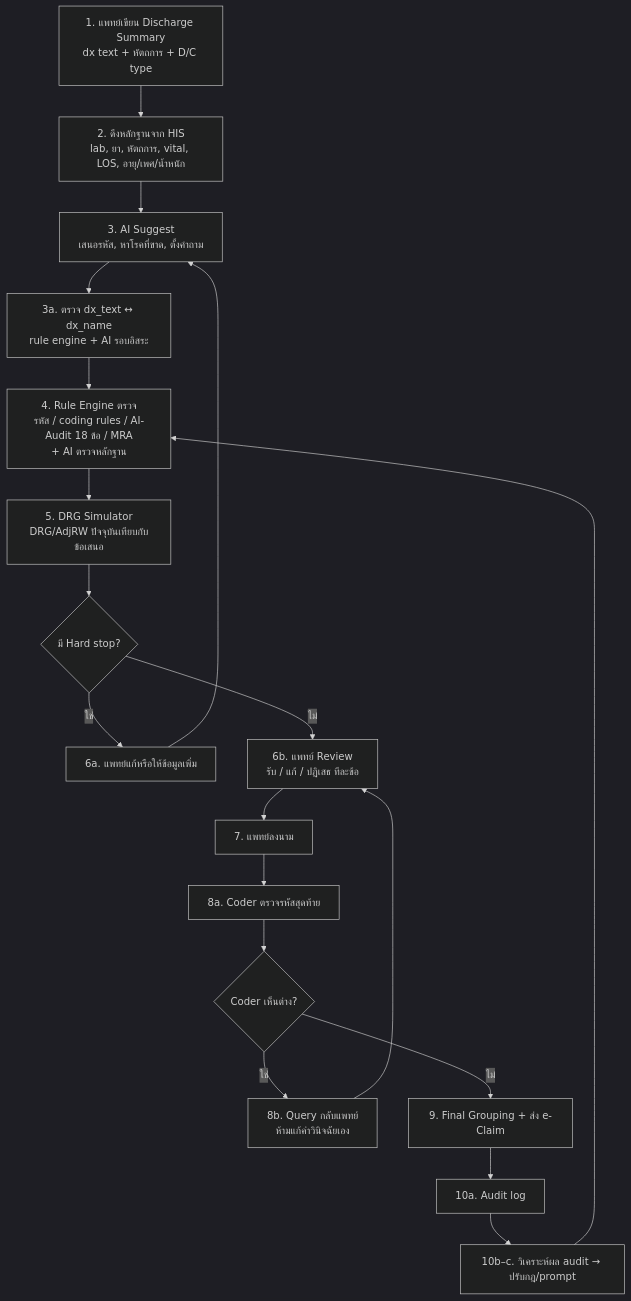
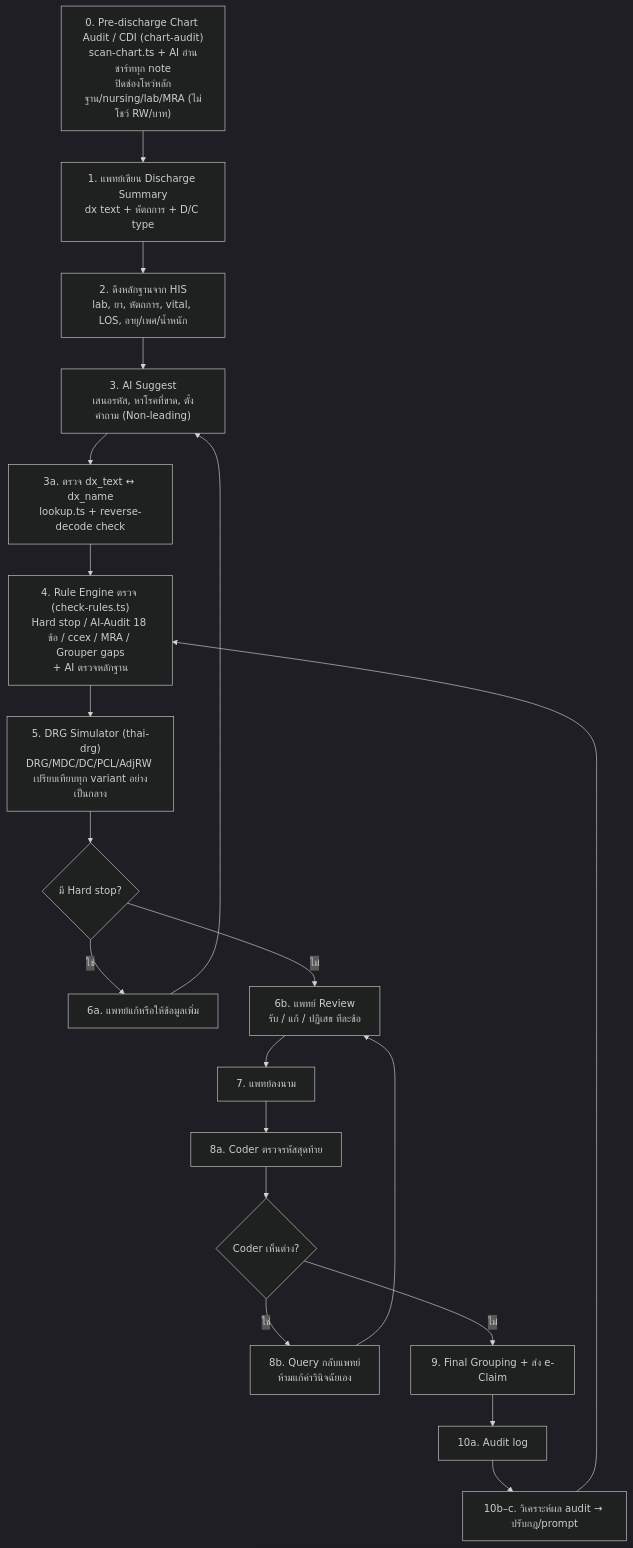
Before and after one commit to tehnplk/drg: the diagram in docs/ai-discharge-summary-flow.md, drawn with Mermaid (dark theme). The commit also changed other lines of this file and 1 other file, not shown here.

Commit message:
Sync docs with chart-audit and discharge-summary skills

````diff
--- a/docs/ai-discharge-summary-flow.md
+++ b/docs/ai-discharge-summary-flow.md
@@ -11,21 +15,22 @@
 ```mermaid
 flowchart TD
-  A["1. แพทย์เขียน Discharge Summary<br/>dx text + หัตถการ + D/C type"] --> B["2. ดึงหลักฐานจาก HIS<br/>lab, ยา, หัตถการ, vital, LOS, อายุ/เพศ/น้ำหนัก"]
-  B --> C["3. AI Suggest<br/>เสนอรหัส, หาโรคที่ขาด, ตั้งคำถาม"]
-  C --> V["3a. ตรวจ dx_text ↔ dx_name<br/>rule engine + AI รอบอิสระ"]
-  V --> D["4. Rule Engine ตรวจ<br/>รหัส / coding rules / AI-Audit 18 ข้อ / MRA<br/>+ AI ตรวจหลักฐาน"]
-  D --> E["5. DRG Simulator<br/>DRG/AdjRW ปัจจุบันเทียบกับข้อเสนอ"]
+  P0["0. Pre-discharge Chart Audit / CDI (chart-audit)<br/>scan-chart.ts + AI อ่านชาร์ททุก note<br/>ปิดช่องโหว่หลักฐาน/nursing/lab/MRA (ไม่โชว์ RW/บาท)"] --> A["1. แพทย์เขียน Discharge Summary<br/>dx text + หัตถการ + D/C type"]
+  A --> B["2. ดึงหลักฐานจาก HIS<br/>lab, ยา, หัตถการ, vital, LOS, อายุ/เพศ/น้ำหนัก"]
+  B --> C["3. AI Suggest<br/>เสนอรหัส, หาโรคที่ขาด, ตั้งคำถาม (Non-leading)"]
+  C --> V["3a. ตรวจ dx_text ↔ dx_name<br/>lookup.ts + reverse-decode check"]
+  V --> D["4. Rule Engine ตรวจ (check-rules.ts)<br/>Hard stop / AI-Audit 18 ข้อ / ccex / MRA / Grouper gaps<br/>+ AI ตรวจหลักฐาน"]
+  D --> E["5. DRG Simulator (thai-drg)<br/>DRG/MDC/DC/PCL/AdjRW เปรียบเทียบทุก variant อย่างเป็นกลาง"]
   E --> F{"มี Hard stop?"}
   F -- ใช่ --> G["6a. แพทย์แก้หรือให้ข้อมูลเพิ่ม"]
   G --> C
   F -- ไม่ --> H["6b. แพทย์ Review<br/>รับ / แก้ / ปฏิเสธ ทีละข้อ"]
   H --> I["7. แพทย์ลงนาม"]
   I --> J["8a. Coder ตรวจรหัสสุดท้าย"]
   J --> K{"Coder เห็นต่าง?"}
   K -- ใช่ --> L["8b. Query กลับแพทย์<br/>ห้ามแก้คำวินิจฉัยเอง"]
   L --> H
   K -- ไม่ --> M["9. Final Grouping + ส่ง e-Claim"]
   M --> N["10a. Audit log"]
   N --> O["10b–c. วิเคราะห์ผล audit → ปรับกฎ/prompt"]
   O --> D
 ```
````
